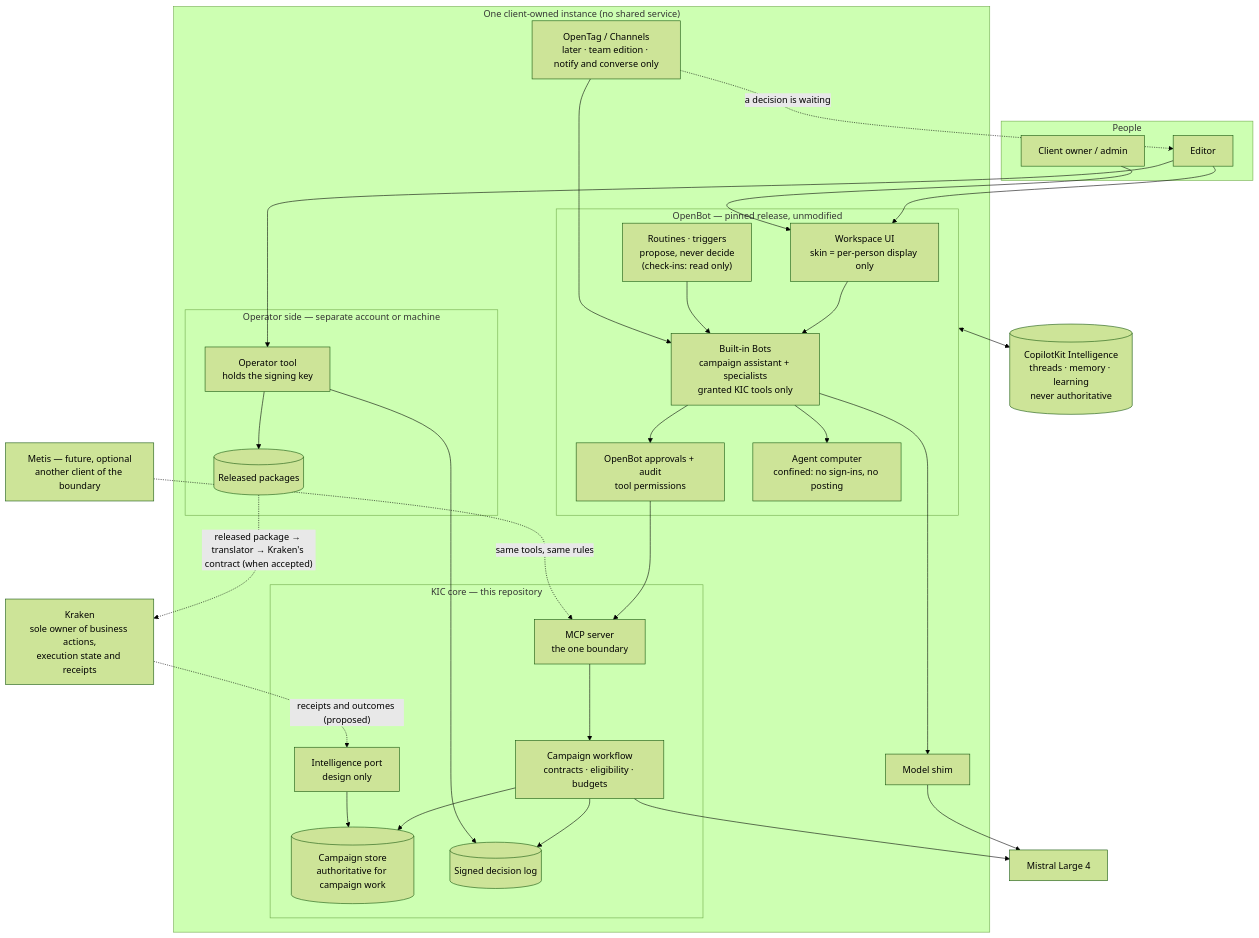
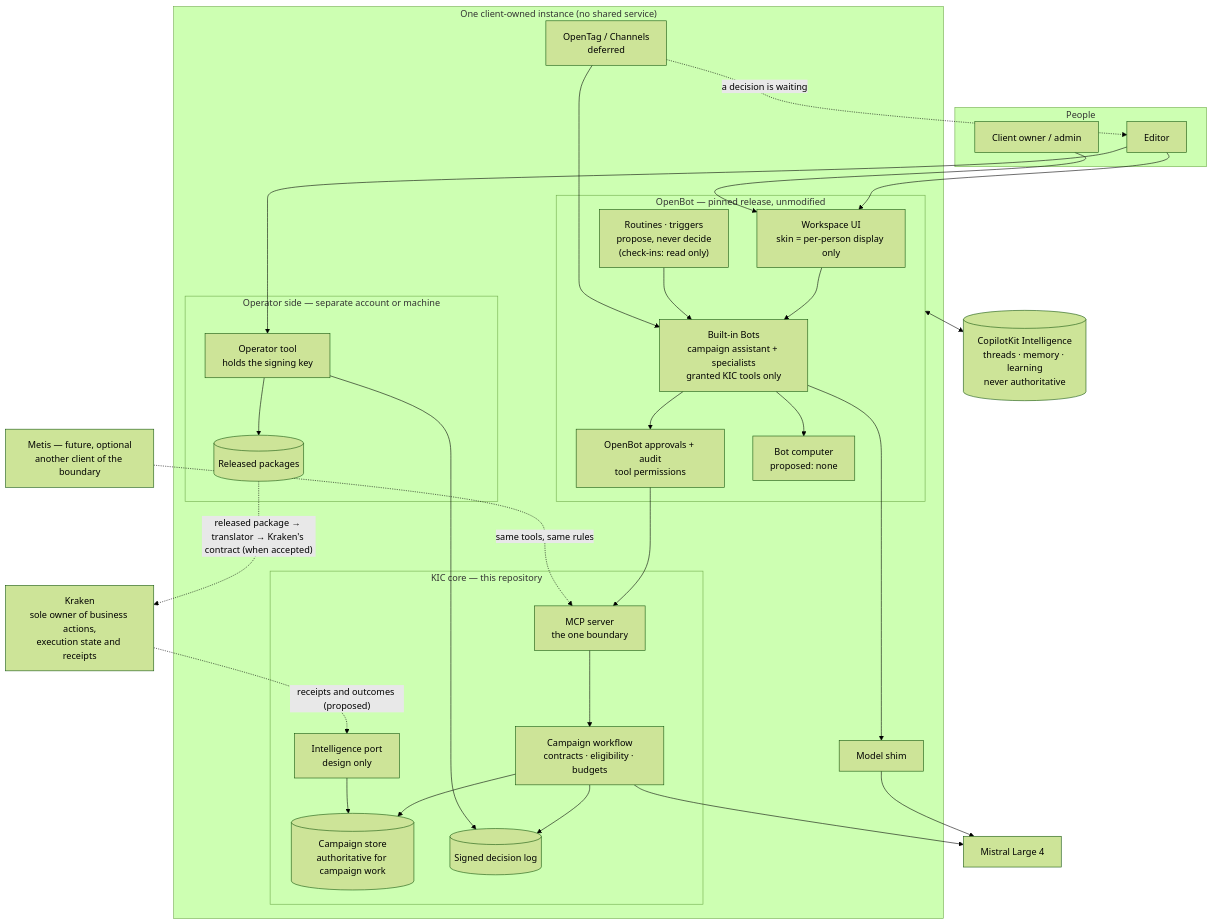
One commit to chrismarchant/kraken-intelligence-adapter changed the diagram in docs/architecture/mediation/KIC-ARCH-MED-01/D4-target-architecture.md. Above: the diagram before and after it, drawn with Mermaid (forest theme). The commit also changed other lines of this file and 22 other files, not shown here.

First line of the commit message:
Records: owner decisions, confinement test matrix, three reviews, release-tag and OpenTag findings

````diff
--- a/docs/architecture/mediation/KIC-ARCH-MED-01/D4-target-architecture.md
+++ b/docs/architecture/mediation/KIC-ARCH-MED-01/D4-target-architecture.md
@@ -24,59 +24,59 @@
 ```mermaid
 flowchart TB
   subgraph People
     ED["Editor"]
     OWN["Client owner / admin"]
   end
 
   subgraph Instance["One client-owned instance (no shared service)"]
     subgraph OB["OpenBot — pinned release, unmodified"]
       UI["Workspace UI<br/>skin = per-person display only"]
       BOTS["Built-in Bots<br/>campaign assistant + specialists<br/>granted KIC tools only"]
       BG["Routines · triggers<br/>propose, never decide<br/>(check-ins: read only)"]
       GATE["OpenBot approvals + audit<br/>tool permissions"]
-      COMP["Agent computer<br/>confined: no sign-ins, no posting"]
+      COMP["Bot computer<br/>proposed: none"]
     end
 
     SHIM["Model shim"]
     subgraph KIC["KIC core — this repository"]
       MCP["MCP server<br/>the one boundary"]
       WF["Campaign workflow<br/>contracts · eligibility · budgets"]
       STORE[("Campaign store<br/>authoritative for campaign work")]
       LOG[("Signed decision log")]
       PORT["Intelligence port<br/>design only"]
     end
 
     subgraph OPS["Operator side — separate account or machine"]
       OP["Operator tool<br/>holds the signing key"]
       REL[("Released packages")]
     end
 
-    TAG["OpenTag / Channels<br/>later · team edition · notify and converse only"]
+    TAG["OpenTag / Channels<br/>deferred"]
   end
 
   INTEL[("CopilotKit Intelligence<br/>threads · memory · learning<br/>never authoritative")]
   MODEL["Mistral Large 4"]
   KR["Kraken<br/>sole owner of business actions,<br/>execution state and receipts"]
   METIS["Metis — future, optional<br/>another client of the boundary"]
 
   ED --> UI
   ED --> OP
   OWN --> UI
   UI --> BOTS
   BG --> BOTS
   BOTS --> GATE --> MCP
   BOTS --> COMP
   BOTS --> SHIM --> MODEL
   OB <--> INTEL
   MCP --> WF --> STORE
   WF --> MODEL
   WF --> LOG
   OP --> LOG
   OP --> REL
   REL -. "released package → translator → Kraken's contract (when accepted)" .-> KR
   KR -. "receipts and outcomes (proposed)" .-> PORT
   PORT --> STORE
   TAG -. "a decision is waiting" .-> ED
   TAG --> BOTS
   METIS -. "same tools, same rules" .-> MCP
 ```
````
